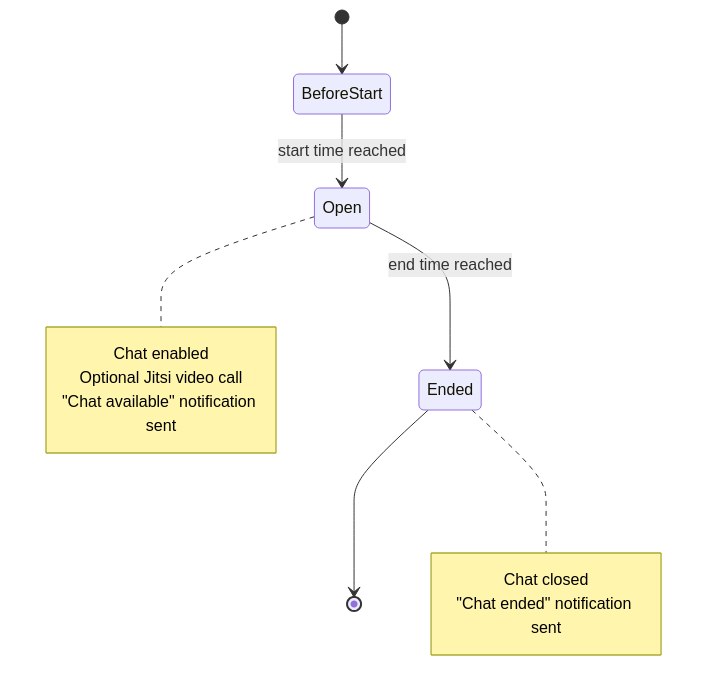
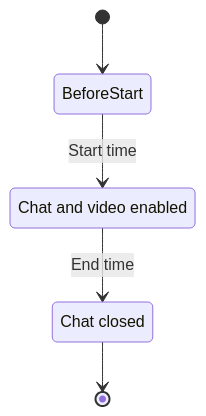
Before and after one commit to Lubna1208/MindCare: the third of 5 diagrams in README.md, drawn with Mermaid. The commit also changed other lines of this file, not shown here.

````diff
--- a/README.md
+++ b/README.md
@@ -215,16 +211,9 @@
 ```mermaid
 stateDiagram-v2
     [*] --> BeforeStart
-    BeforeStart --> Open: start time reached
-    Open --> Ended: end time reached
+    BeforeStart --> Open: Start time
+    Open --> Ended: End time
     Ended --> [*]
-    note right of Open
-        Chat enabled
-        Optional Jitsi video call
-        "Chat available" notification sent
-    end note
-    note right of Ended
-        Chat closed
-        "Chat ended" notification sent
-    end note
+    Open : Chat and video enabled
+    Ended : Chat closed
 ```
````
